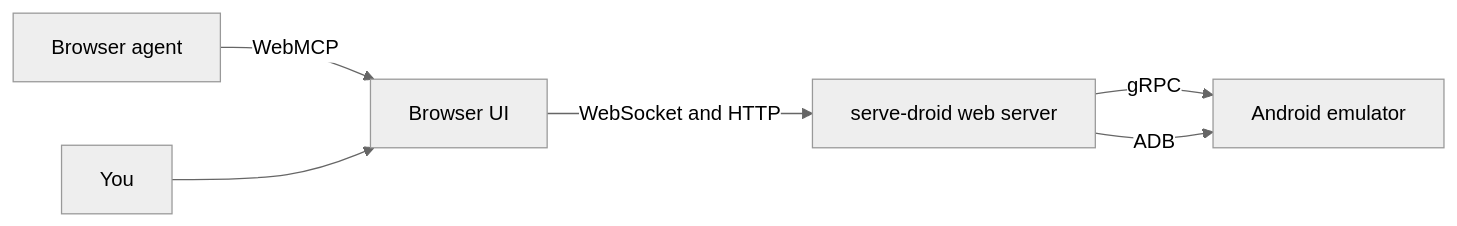
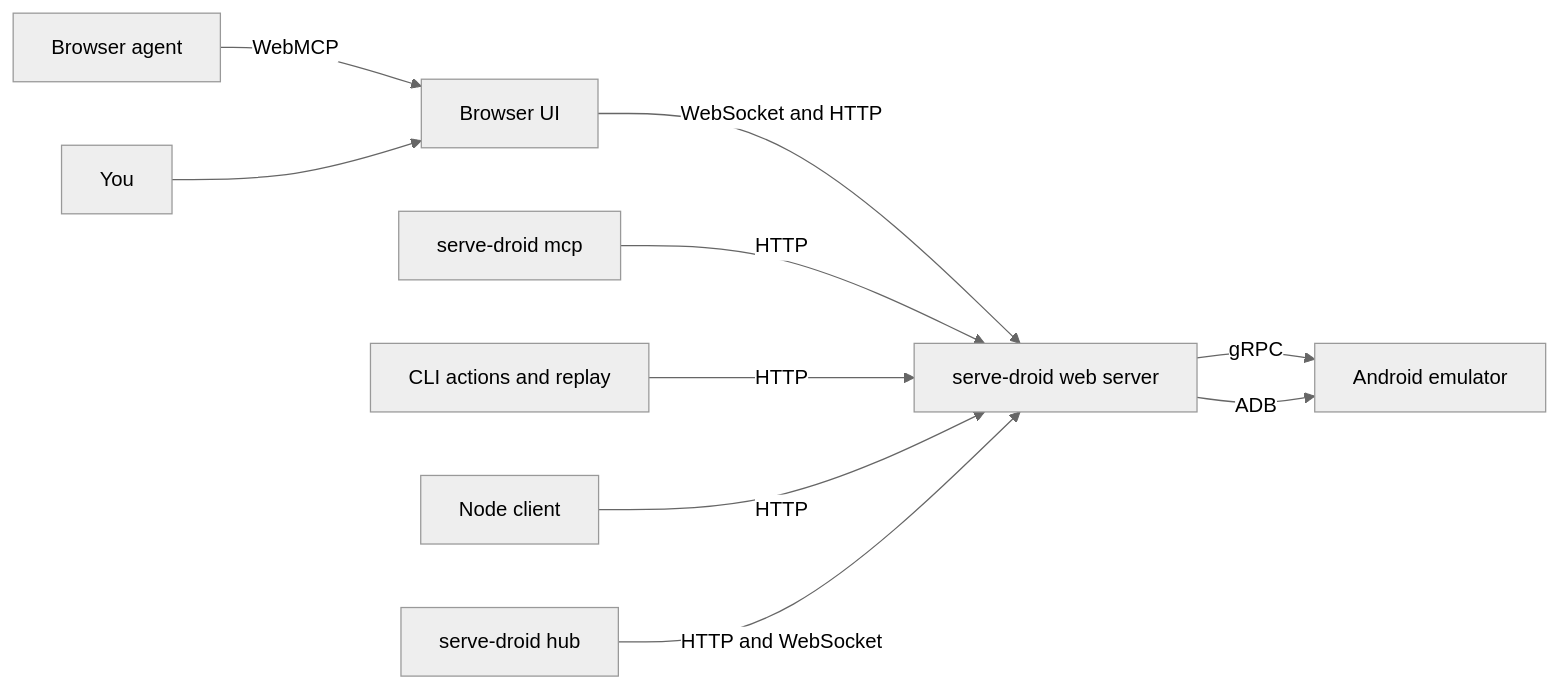
One commit to wookiehangover/docker-android changed the diagram in README.md. Above: the diagram before and after it, drawn with Mermaid (neutral theme). The commit also changed other lines of this file and 58 other files, not shown here.

First line of the commit message:
feat(serve-droid): agent tools, device controls, MCP, H.264, hub and doctor (#10)

````diff
--- a/README.md
+++ b/README.md
@@ -162,8 +327,12 @@
 ```mermaid
 flowchart LR
   Agent[Browser agent] -- WebMCP --> UI[Browser UI]
   You[You] --> UI
   UI -- WebSocket and HTTP --> Server[serve-droid web server]
+  MCP[serve-droid mcp] -- HTTP --> Server
+  CLI[CLI actions and replay] -- HTTP --> Server
+  SDK[Node client] -- HTTP --> Server
+  Hub[serve-droid hub] -- HTTP and WebSocket --> Server
   Server -- gRPC --> Emulator[Android emulator]
   Server -- ADB --> Emulator
 ```
````
